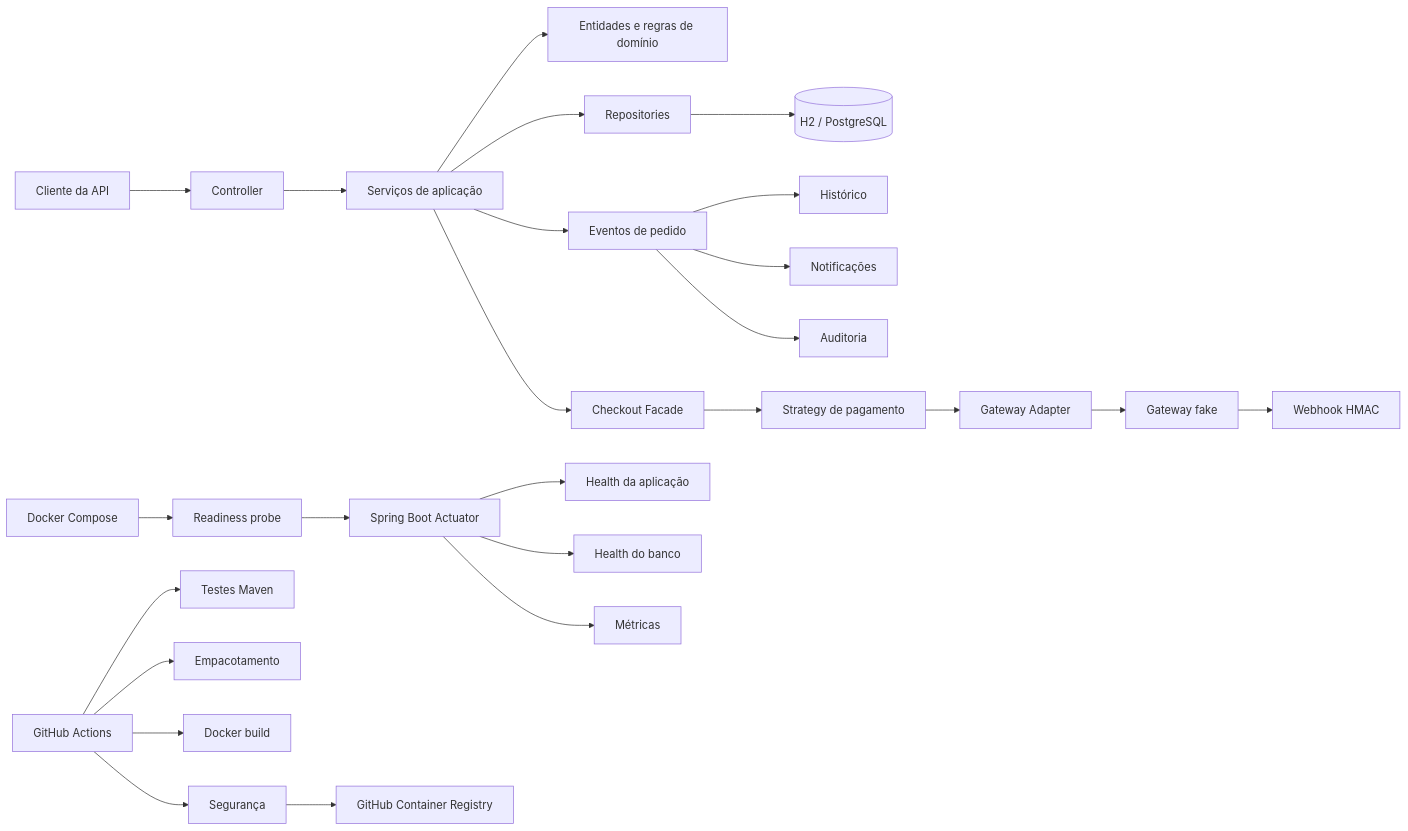
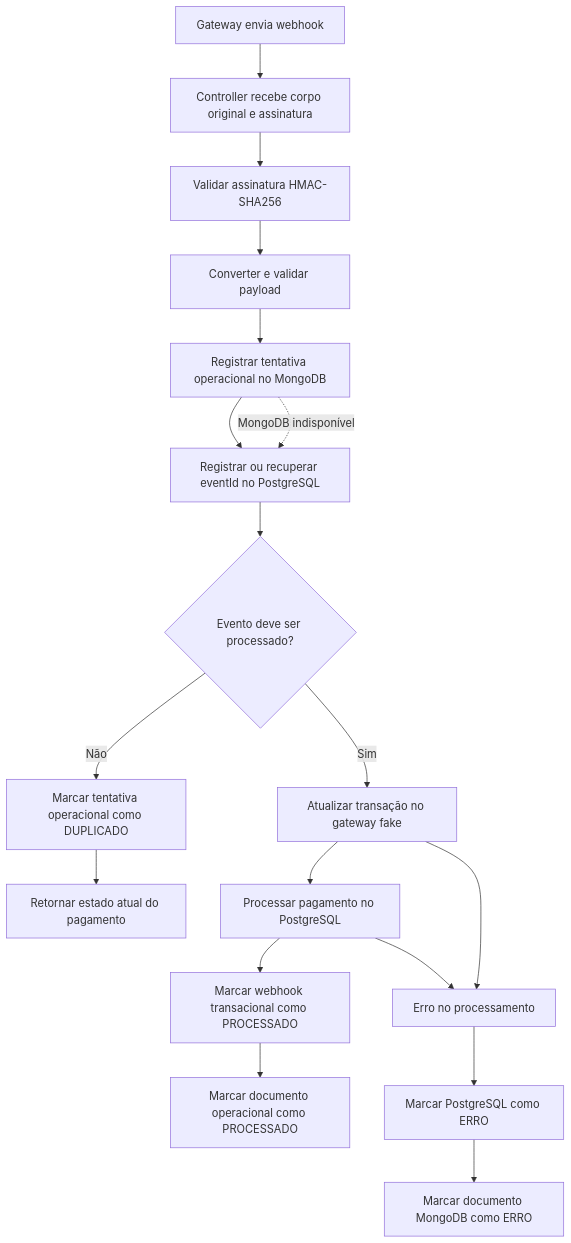
Before and after one commit to FilipeX97/api-de-pedidos: the diagram in README.md, drawn with Mermaid. The commit also changed other lines of this file and 1 other file, not shown here.

Commit message:
refactor(docker): renomeando o volume MongoDB

````diff
--- a/README.md
+++ b/README.md
@@ -69,32 +110,24 @@
 ```mermaid
-flowchart LR
-    Cliente[Cliente da API] --> Controller
-    Controller --> Service[Serviços de aplicação]
-    Service --> Domain[Entidades e regras de domínio]
-    Service --> Repository[Repositories]
-    Repository --> Database[(H2 / PostgreSQL)]
+flowchart TD
+    A[Gateway envia webhook] --> B[Controller recebe corpo original e assinatura]
+    B --> C[Validar assinatura HMAC-SHA256]
+    C --> D[Converter e validar payload]
+    D --> E[Registrar tentativa operacional no MongoDB]
+    E --> F[Registrar ou recuperar eventId no PostgreSQL]
+    F --> G{Evento deve ser processado?}
 
-    Service --> Events[Eventos de pedido]
-    Events --> History[Histórico]
-    Events --> Notifications[Notificações]
-    Events --> Audit[Auditoria]
+    G -- Não --> H[Marcar tentativa operacional como DUPLICADO]
+    H --> I[Retornar estado atual do pagamento]
 
-    Service --> Checkout[Checkout Facade]
-    Checkout --> PaymentStrategy[Strategy de pagamento]
-    PaymentStrategy --> Adapter[Gateway Adapter]
-    Adapter --> FakeGateway[Gateway fake]
-    FakeGateway --> Webhook[Webhook HMAC]
+    G -- Sim --> J[Atualizar transação no gateway fake]
+    J --> K[Processar pagamento no PostgreSQL]
+    K --> L[Marcar webhook transacional como PROCESSADO]
+    L --> M[Marcar documento operacional como PROCESSADO]
 
-    Monitoring[Spring Boot Actuator] --> ApplicationHealth[Health da aplicação]
-    Monitoring --> DatabaseHealth[Health do banco]
-    Monitoring --> Metrics[Métricas]
+    J --> N[Erro no processamento]
+    K --> N
+    N --> O[Marcar PostgreSQL como ERRO]
+    O --> P[Marcar documento MongoDB como ERRO]
 
-    Docker[Docker Compose] --> Readiness[Readiness probe]
-    Readiness --> Monitoring
-
-    GitHub[GitHub Actions] --> Tests[Testes Maven]
-    GitHub --> Package[Empacotamento]
-    GitHub --> DockerBuild[Docker build]
-    GitHub --> Security[Segurança]
-    Security --> Registry[GitHub Container Registry]
+    E -. MongoDB indisponível .-> F
 ```
````
